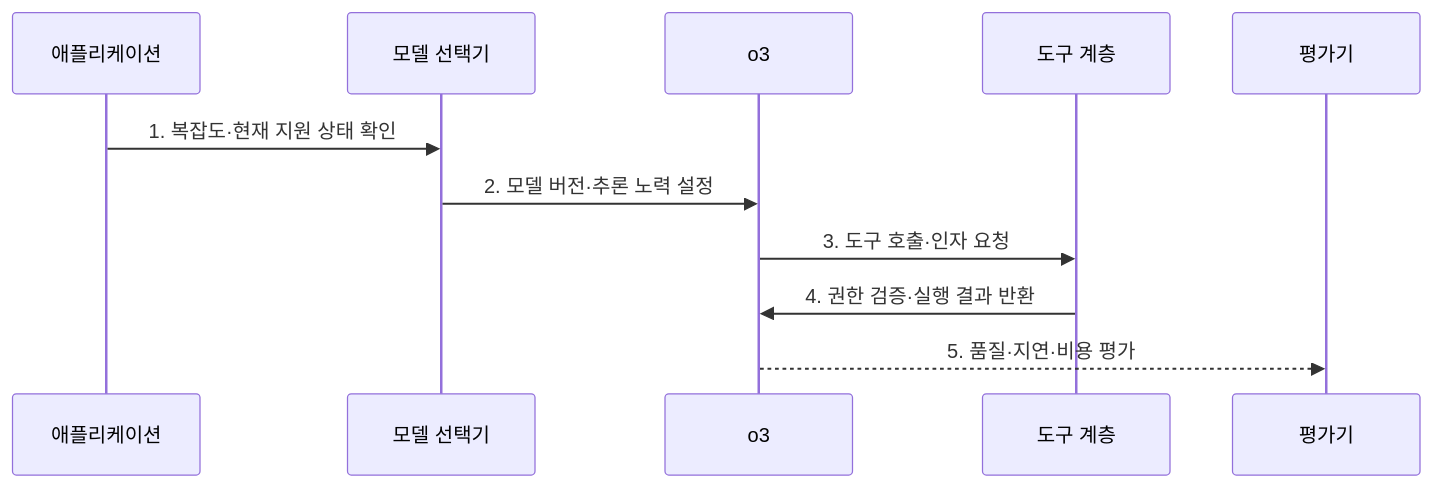
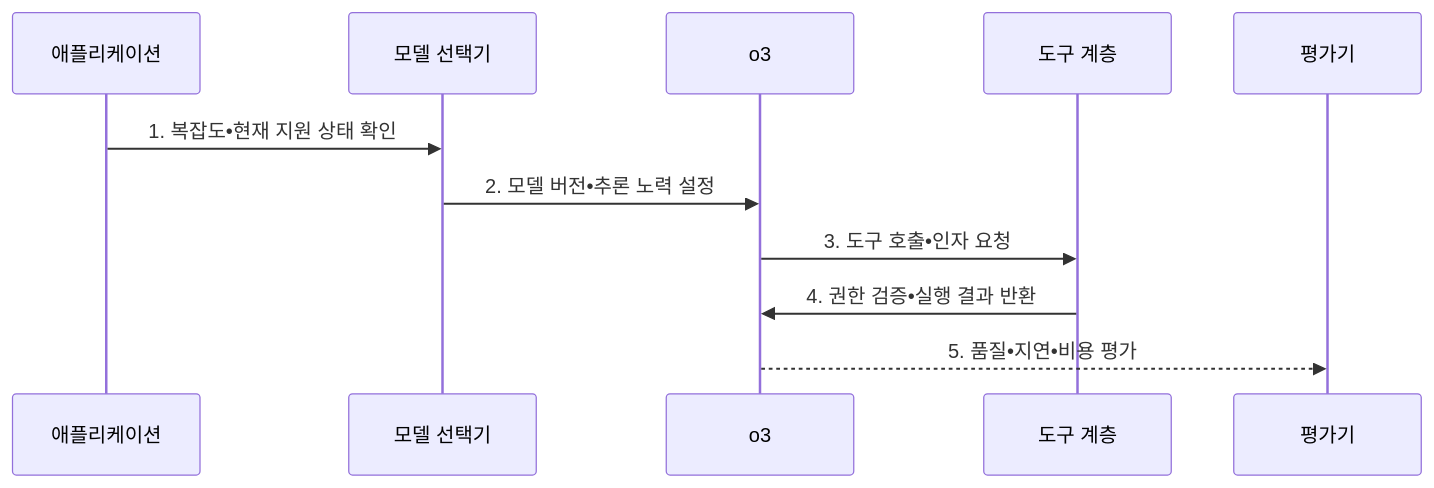
One commit to agnusdei1207/knowledge-base changed the second of 2 diagrams in src/content/docs/notes/08-latest-tech/042_o3_reasoning_model.md. Above: the diagram before and after it, drawn with Mermaid. The commit also changed other lines of this file and 953 other files, not shown here.

````diff
--- a/src/content/docs/notes/08-latest-tech/042_o3_reasoning_model.md
+++ b/src/content/docs/notes/08-latest-tech/042_o3_reasoning_model.md
@@ -103,13 +103,13 @@
 ```mermaid
 sequenceDiagram
     participant A as 애플리케이션
     participant M as 모델 선택기
     participant O as o3
     participant T as 도구 계층
     participant E as 평가기
-    A->>M: 1. 복잡도·현재 지원 상태 확인
-    M->>O: 2. 모델 버전·추론 노력 설정
-    O->>T: 3. 도구 호출·인자 요청
-    T->>O: 4. 권한 검증·실행 결과 반환
-    O-->>E: 5. 품질·지연·비용 평가
+    A->>M: 1. 복잡도•현재 지원 상태 확인
+    M->>O: 2. 모델 버전•추론 노력 설정
+    O->>T: 3. 도구 호출•인자 요청
+    T->>O: 4. 권한 검증•실행 결과 반환
+    O-->>E: 5. 품질•지연•비용 평가
 ```
````
